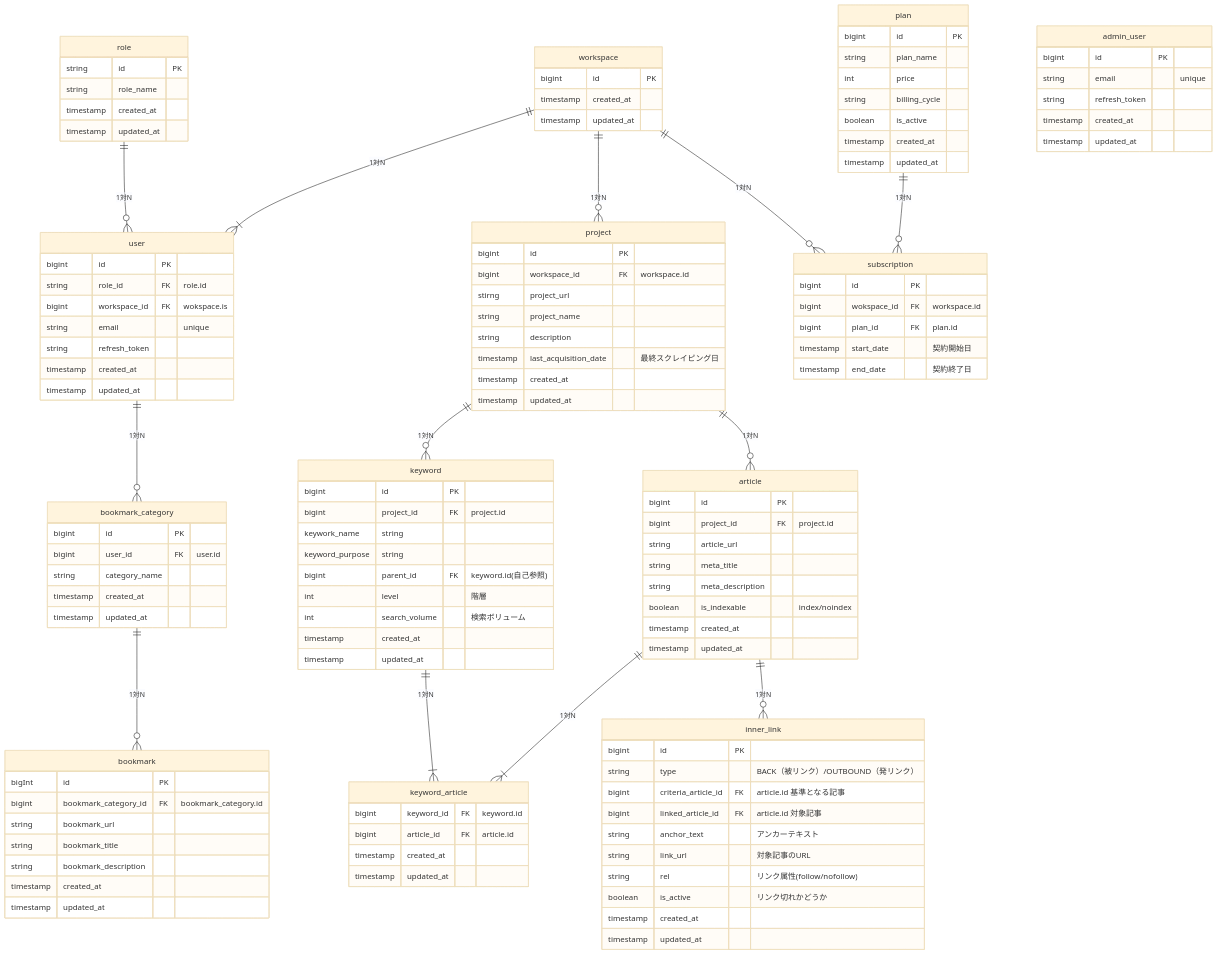
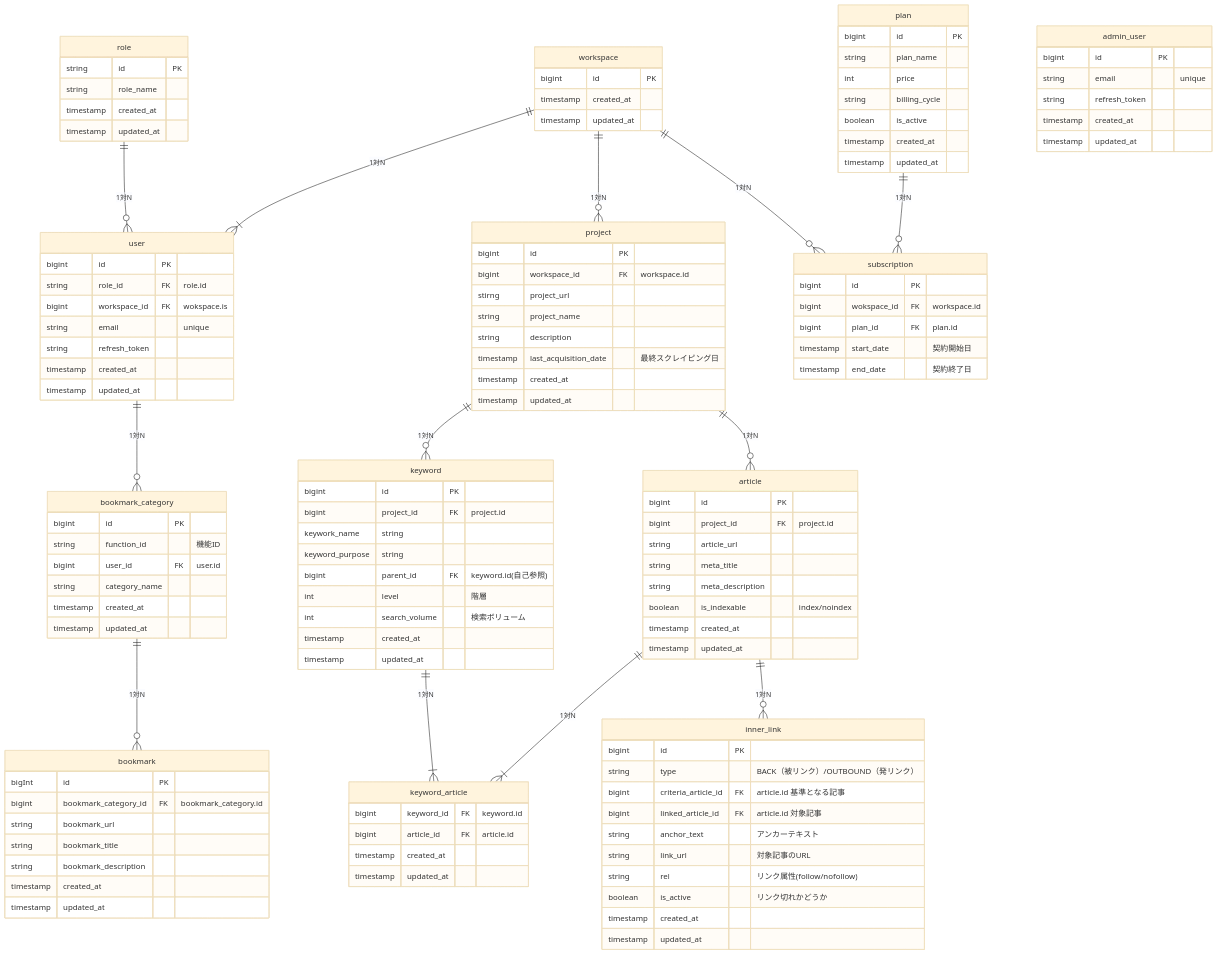
Before and after one commit to lynx-service/lynx-core: the diagram in docs/db/design.md, drawn with Mermaid (base theme).

```diff
--- a/docs/db/design.md
+++ b/docs/db/design.md
@@ -71,6 +71,7 @@
   %% ブックマークカテゴリ
   bookmark_category {
     bigint id PK
+    string function_id "機能ID"
     bigint user_id FK "user.id"
     string category_name
     timestamp created_at
```
